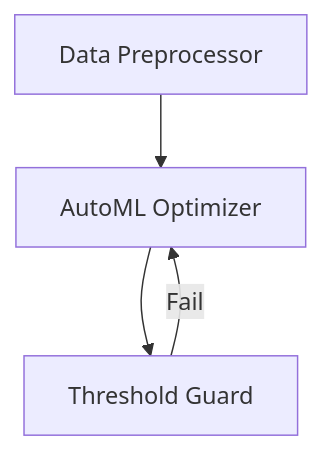
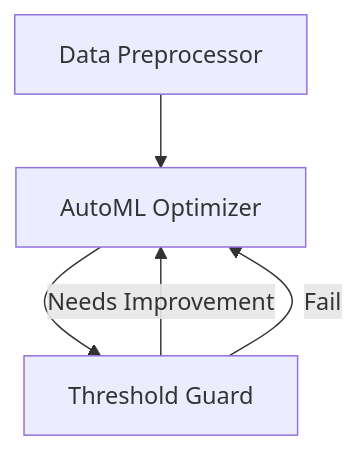
Before and after one commit to APAF-bioinformatics/HydraR: the second of 3 diagrams in docs/articles/data_science.md, drawn with Mermaid. The commit also changed other lines of this file and 145 other files, not shown here.

````diff
--- a/docs/articles/data_science.md
+++ b/docs/articles/data_science.md
@@ -159,9 +164,10 @@
 ``` mermaid
 graph TD
   DataCleaner["Data Preprocessor"]
   ModelTrainer["AutoML Optimizer"]
   Evaluator["Threshold Guard"]
   DataCleaner --> ModelTrainer
   ModelTrainer --> Evaluator
+  Evaluator -- Needs Improvement --> ModelTrainer
   Evaluator -- Fail --> ModelTrainer
 ```
````
